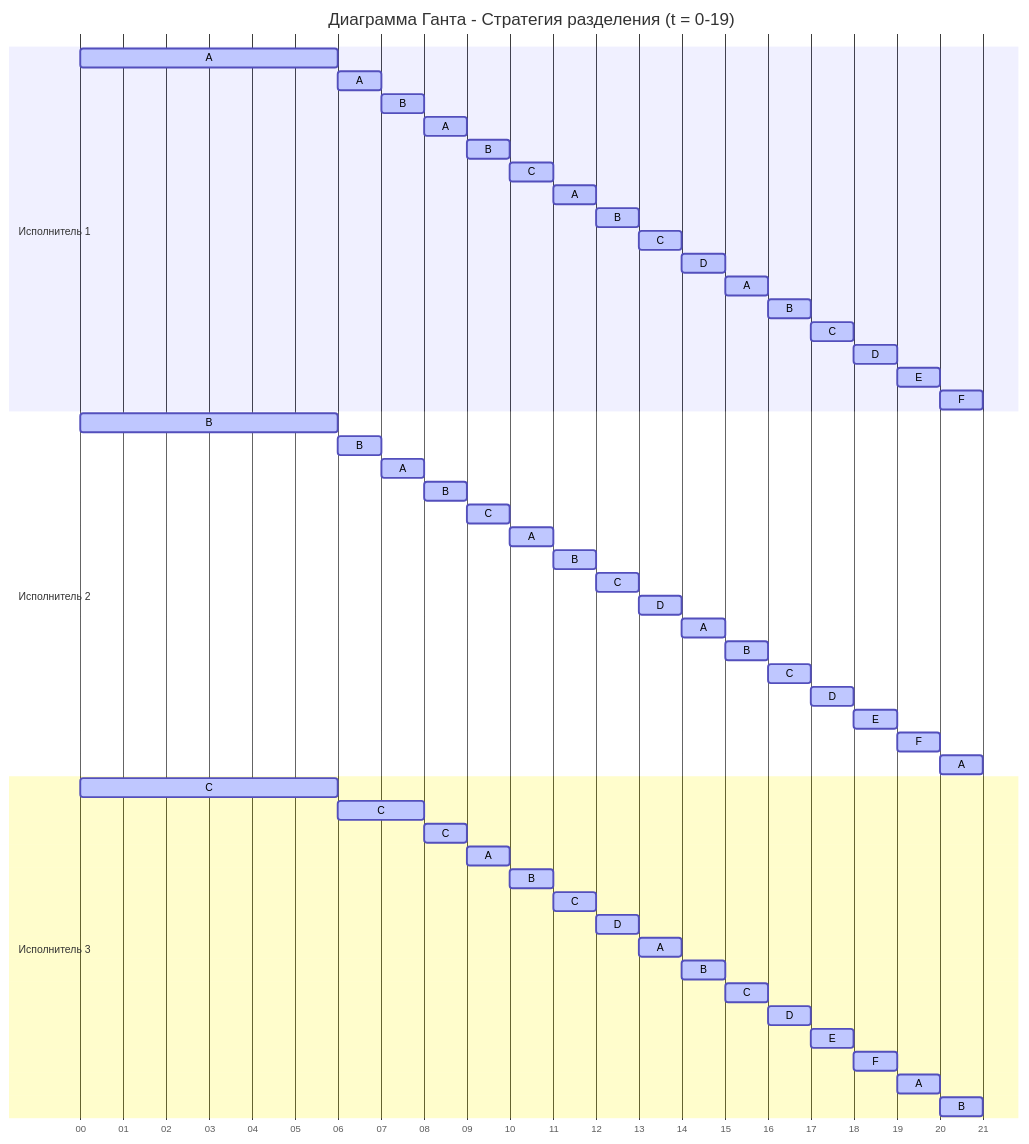
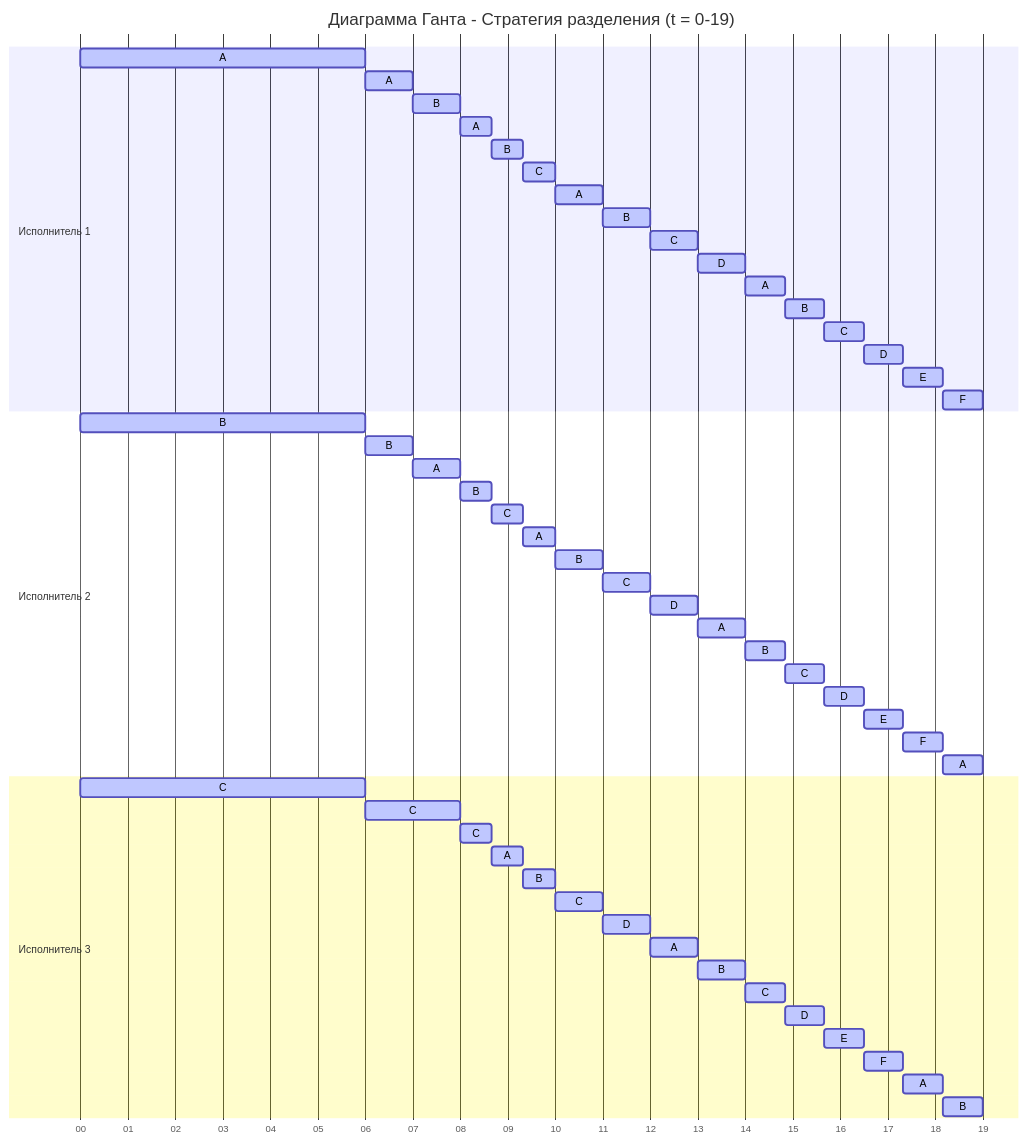
Before and after one commit to algos-ris-24-4/manual-tasks: the diagram in Задание 5/travis-task-5.md, drawn with Mermaid.

````diff
--- a/Задание 5/travis-task-5.md
+++ b/Задание 5/travis-task-5.md
@@ -86,60 +86,60 @@
 ```mermaid
 gantt
     title Диаграмма Ганта - Стратегия разделения (t = 0-19)
     dateFormat ss
     axisFormat %S
     tickInterval 1s
 
     section Исполнитель 1
     A :active, a1, 0, 6s
     A :active, a2, after a1, 1s
     B :active, a3, after a2, 1s
-    A :active, a4, after a3, 1s
-    B :active, a5, after a4, 1s
-    C :active, a6, after a5, 1s
+    A :active, a4, after a3, 0.66s
+    B :active, a5, after a4, 0.66s
+    C :active, a6, after a5, 0.68s
     A :active, a7, after a6, 1s
     B :active, a8, after a7, 1s
     C :active, a9, after a8, 1s
     D :active, a10, after a9, 1s
-    A :active, a11, after a10, 1s
-    B :active, a12, after a11, 1s
-    C :active, a13, after a12, 1s
-    D :active, a14, after a13, 1s
-    E :active, a15, after a14, 1s
-    F :active, a16, after a15, 1s
+    A :active, a11, after a10, 0.83s
+    B :active, a12, after a11, 0.83s
+    C :active, a13, after a12, 0.83s
+    D :active, a14, after a13, 0.83s
+    E :active, a15, after a14, 0.83s
+    F :active, a16, after a15, 0.85s
 
     section Исполнитель 2
     B :active, b1, 0, 6s
     B :active, b2, after b1, 1s
     A :active, b3, after b2, 1s
-    B :active, b4, after b3, 1s
-    C :active, b5, after b4, 1s
-    A :active, b6, after b5, 1s
+    B :active, b4, after b3, 0.66s
+    C :active, b5, after b4, 0.66s
+    A :active, b6, after b5, 0.68s
     B :active, b7, after b6, 1s
     C :active, b8, after b7, 1s
     D :active, b9, after b8, 1s
     A :active, b10, after b9, 1s
-    B :active, b11, after b10, 1s
-    C :active, b12, after b11, 1s
-    D :active, b13, after b12, 1s
-    E :active, b14, after b13, 1s
-    F :active, b15, after b14, 1s
-    A :active, b16, after b15, 1s
+    B :active, b11, after b10, 0.83s
+    C :active, b12, after b11, 0.83s
+    D :active, b13, after b12, 0.83s
+    E :active, b14, after b13, 0.83s
+    F :active, b15, after b14, 0.83s
+    A :active, b16, after b15, 0.85s
 
     section Исполнитель 3
     C :active, c1, 0, 6s
     C :active, c2, after c1, 2s
-    C :active, c3, after c2, 1s
-    A :active, c4, after c3, 1s
-    B :active, c5, after c4, 1s
+    C :active, c3, after c2, 0.66s
+    A :active, c4, after c3, 0.66s
+    B :active, c5, after c4, 0.68s
     C :active, c6, after c5, 1s
     D :active, c7, after c6, 1s
     A :active, c8, after c7, 1s
     B :active, c9, after c8, 1s
-    C :active, c10, after c9, 1s
-    D :active, c11, after c10, 1s
-    E :active, c12, after c11, 1s
-    F :active, c13, after c12, 1s
-    A :active, c14, after c13, 1s
-    B :active, c15, after c14, 1s
+    C :active, c10, after c9, 0.83s
+    D :active, c11, after c10, 0.83s
+    E :active, c12, after c11, 0.83s
+    F :active, c13, after c12, 0.83s
+    A :active, c14, after c13, 0.83s
+    B :active, c15, after c14, 0.85s
 ```
````
